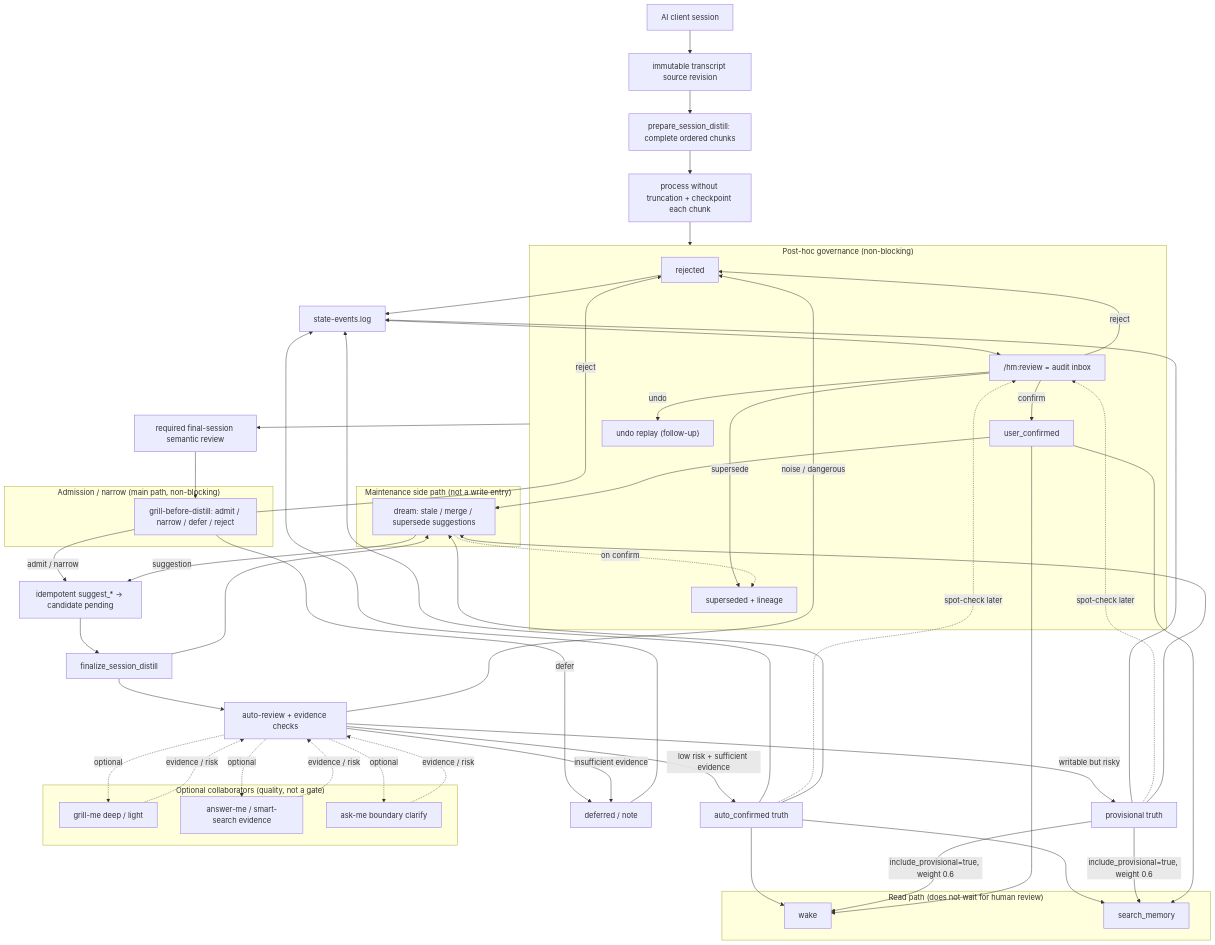
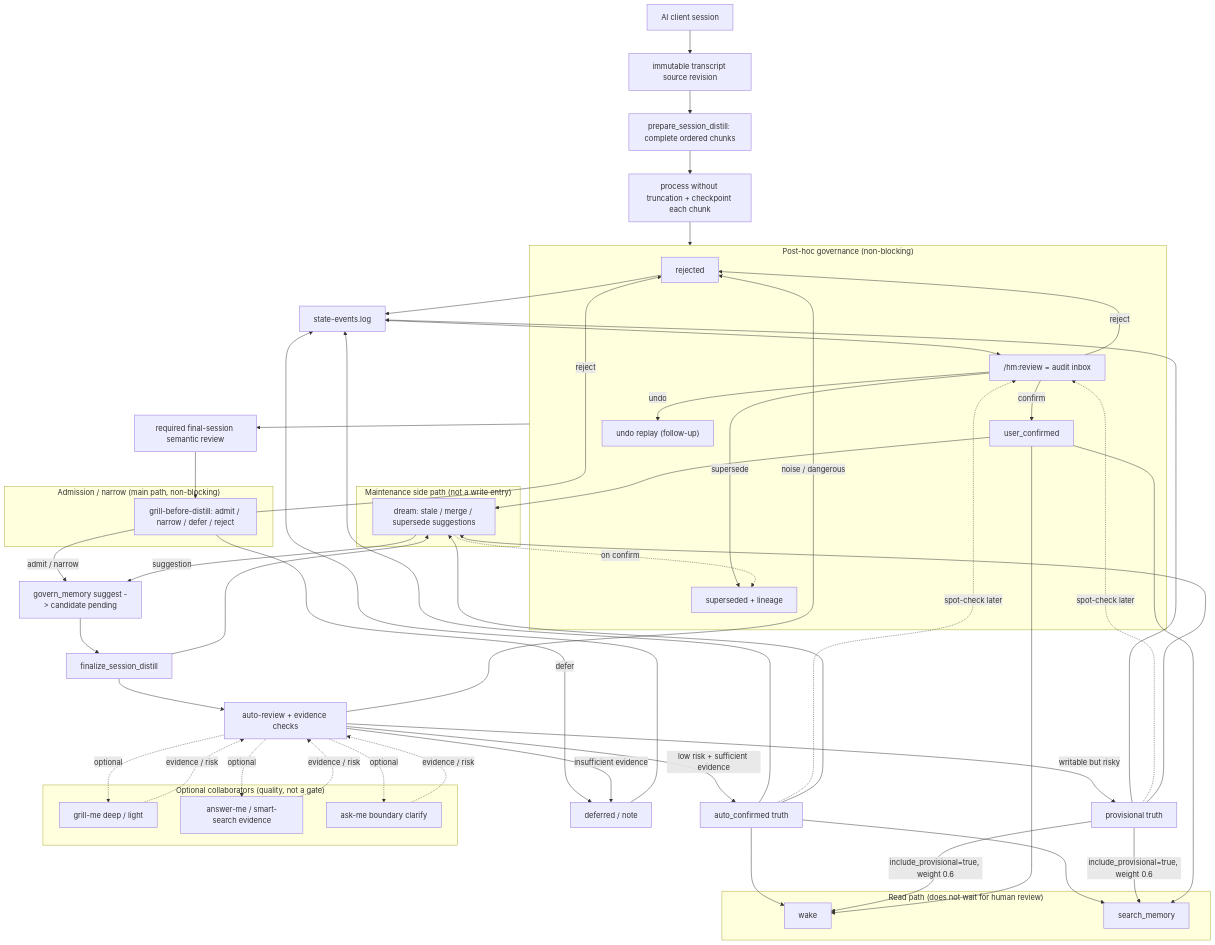
The first of 3 diagrams in docs/auto-promoted-memory-governance.md (manhua-man/harness-mem), drawn with Mermaid before and after one commit. The commit also changed other lines of this file and 33 other files, not shown here.

````diff
--- a/docs/auto-promoted-memory-governance.md
+++ b/docs/auto-promoted-memory-governance.md
@@ -49,69 +50,69 @@
 ```mermaid
 flowchart TD
     SRC["AI client session"] --> SNAP["immutable transcript source revision"]
     SNAP --> PREP["prepare_session_distill: complete ordered chunks"]
     PREP --> SD["process without truncation + checkpoint each chunk"]
     SD --> AUDIT["structural completeness audit"]
     AUDIT --> REVIEW["required final-session semantic review"]
 
     subgraph ADMISSION["Admission / narrow (main path, non-blocking)"]
         G["grill-before-distill: admit / narrow / defer / reject"]
     end
 
     REVIEW --> G
-    G -->|admit / narrow| CAND["idempotent suggest_* -> candidate pending"]
+    G -->|admit / narrow| CAND["govern_memory suggest -> candidate pending"]
     CAND --> FINAL["finalize_session_distill"]
     FINAL --> PREF["auto-review + evidence checks"]
     FINAL --> DREAM["Dream maintenance"]
     G -->|defer| DEFERRED["deferred / note"]
     G -->|reject| REJECTED["rejected"]
 
     subgraph HELPERS["Optional collaborators (quality, not a gate)"]
         H1["grill-me deep / light"]
         H2["answer-me / smart-search evidence"]
         H3["ask-me boundary clarify"]
     end
 
     PREF -.optional.-> H1
     PREF -.optional.-> H2
     PREF -.optional.-> H3
     H1 & H2 & H3 -.evidence / risk.-> PREF
 
     PREF -->|low risk + sufficient evidence| AUTO["auto_confirmed truth"]
     PREF -->|writable but risky| PROV["provisional truth"]
     PREF -->|insufficient evidence| DEFERRED
     PREF -->|noise / dangerous| REJECTED
 
     AUTO --> LEDGER["state-events.log"]
     PROV --> LEDGER
     DEFERRED --> LEDGER
     REJECTED --> LEDGER
 
     subgraph READ["Read path (does not wait for human review)"]
         WAKE["wake"]
         SEARCH["search_memory"]
     end
 
     AUTO --> WAKE & SEARCH
     PROV -->|"include_provisional=true, weight 0.6"| WAKE & SEARCH
     USER["user_confirmed"] --> WAKE & SEARCH
 
     subgraph AUDIT["Post-hoc governance (non-blocking)"]
         INBOX["/hm:review = audit inbox"]
         INBOX -->|confirm| USER
         INBOX -->|reject| REJECTED
         INBOX -->|undo| UNDO["undo replay (follow-up)"]
         INBOX -->|supersede| SUPER["superseded + lineage"]
     end
 
     LEDGER --> INBOX
     AUTO & PROV -.spot-check later.-> INBOX
 
     subgraph MAINTAIN["Maintenance side path (not a write entry)"]
         DREAM["dream: stale / merge / supersede suggestions"]
     end
 
     AUTO & PROV & USER --> DREAM
     DREAM -->|suggestion| CAND
     DREAM -.on confirm.-> SUPER
 ```
````
